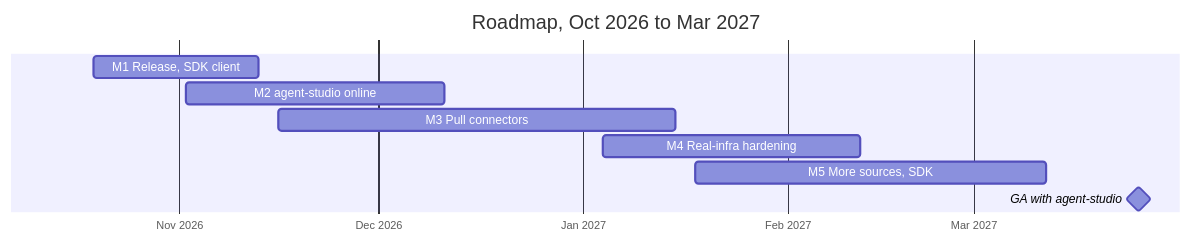
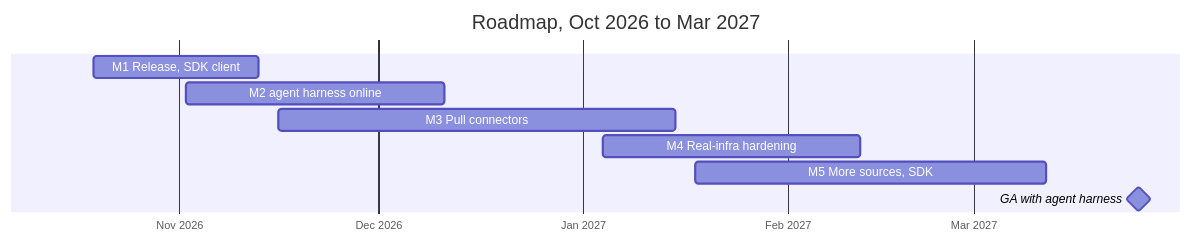
Before and after one commit to Abhishek-Rnjn/Evals.si: the second of 2 diagrams in docs/PRD.md, drawn with Mermaid. The commit also changed other lines of this file and 22 other files, not shown here.

First line of the commit message:
Docs: replace agent-studio and agent-studio-standalone with agent harness

````diff
--- a/docs/PRD.md
+++ b/docs/PRD.md
@@ -348,12 +348,12 @@
 ```mermaid
 gantt
   title Roadmap, Oct 2026 to Mar 2027
   dateFormat YYYY-MM-DD
   axisFormat %b %Y
   M1 Release, SDK client     :m1, 2026-10-19, 2026-11-13
-  M2 agent-studio online     :m2, 2026-11-02, 2026-12-11
+  M2 agent harness online     :m2, 2026-11-02, 2026-12-11
   M3 Pull connectors         :m3, 2026-11-16, 2027-01-15
   M4 Real-infra hardening    :m4, 2027-01-04, 2027-02-12
   M5 More sources, SDK       :m5, 2027-01-18, 2027-03-12
-  GA with agent-studio       :milestone, ga, 2027-03-26, 0d
+  GA with agent harness       :milestone, ga, 2027-03-26, 0d
 ```
````
